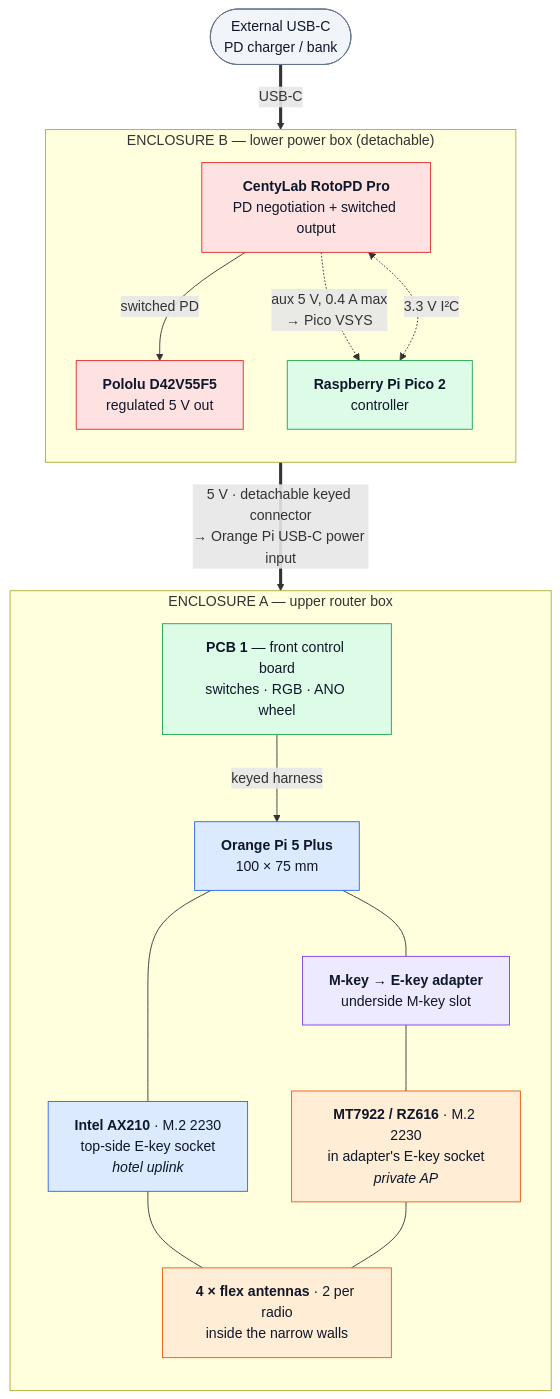
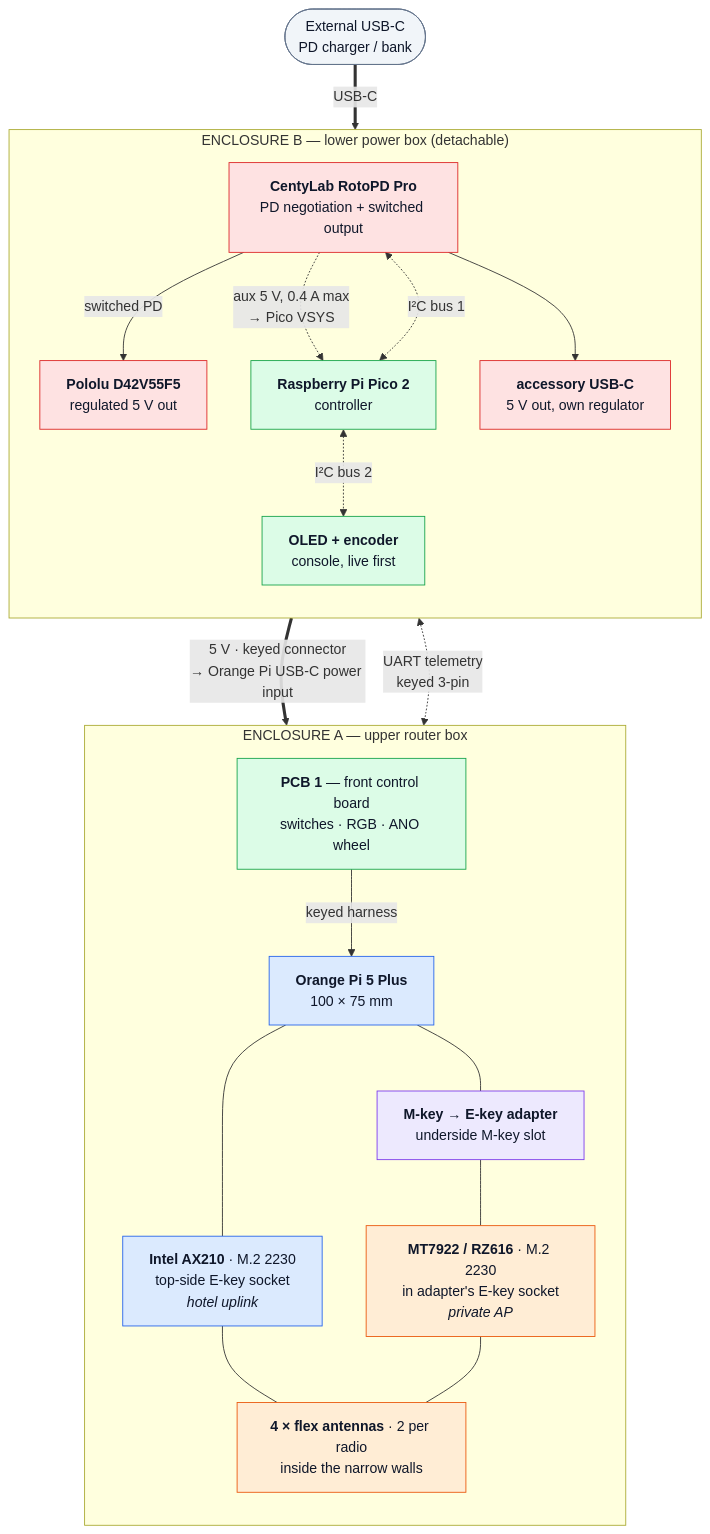
Before and after one commit to ParkWardRR/vezha: the diagram in docs/01-architecture.md, drawn with Mermaid. The commit also changed other lines of this file and 3 other files, not shown here.

````diff
--- a/docs/01-architecture.md
+++ b/docs/01-architecture.md
@@ -23,41 +31,46 @@
 ```mermaid
 flowchart TB
     CHG([External USB-C<br/>PD charger / bank]):::ext
 
     subgraph B["ENCLOSURE B — lower power box (detachable)"]
         direction TB
         ROTO["<b>CentyLab RotoPD Pro</b><br/>PD negotiation + switched output"]:::pwr
         PICO["<b>Raspberry Pi Pico 2</b><br/>controller"]:::ctl
         POLOLU["<b>Pololu D42V55F5</b><br/>regulated 5 V out"]:::pwr
+        CON["<b>OLED + encoder</b><br/>console, live first"]:::ctl
+        ACC["<b>accessory USB-C</b><br/>5 V out, own regulator"]:::pwr
         ROTO -->|switched PD| POLOLU
         ROTO -.->|"aux 5 V, 0.4 A max<br/>→ Pico VSYS"| PICO
-        PICO <-.->|"3.3 V I²C"| ROTO
+        PICO <-.->|"I²C bus 1"| ROTO
+        PICO <-.->|"I²C bus 2"| CON
+        ROTO --> ACC
     end
 
     subgraph A["ENCLOSURE A — upper router box"]
         direction TB
         PI["<b>Orange Pi 5 Plus</b><br/>100 × 75 mm"]:::core
         AX["<b>Intel AX210</b> · M.2 2230<br/>top-side E-key socket<br/><i>hotel uplink</i>"]:::up
         ADP["<b>M-key → E-key adapter</b><br/>underside M-key slot"]:::adp
         MT["<b>MT7922 / RZ616</b> · M.2 2230<br/>in adapter's E-key socket<br/><i>private AP</i>"]:::ap
         ANT["<b>4 × flex antennas</b> · 2 per radio<br/>inside the narrow walls"]:::ant
         PCB1["<b>PCB 1</b> — front control board<br/>switches · RGB · ANO wheel"]:::ctl
         PI --- AX
         PI --- ADP --- MT
         AX --- ANT
         MT --- ANT
         PCB1 -->|keyed harness| PI
     end
 
     CHG ==>|USB-C| ROTO
-    POLOLU ==>|"5 V · detachable keyed connector<br/>→ Orange Pi USB-C power input"| PI
+    POLOLU ==>|"5 V · keyed connector<br/>→ Orange Pi USB-C power input"| PI
+    PICO <-.->|"UART telemetry<br/>keyed 3-pin"| PI
 
     classDef ext fill:#f1f5f9,stroke:#64748b,color:#0f172a
     classDef pwr fill:#fee2e2,stroke:#dc2626,color:#0f172a
     classDef ctl fill:#dcfce7,stroke:#16a34a,color:#0f172a
     classDef core fill:#dbeafe,stroke:#2563eb,color:#0f172a
     classDef up fill:#dbeafe,stroke:#2563eb,color:#0f172a
     classDef ap fill:#ffedd5,stroke:#ea580c,color:#0f172a
     classDef adp fill:#ede9fe,stroke:#7c3aed,color:#0f172a
     classDef ant fill:#ffedd5,stroke:#ea580c,color:#0f172a
 ```
````
